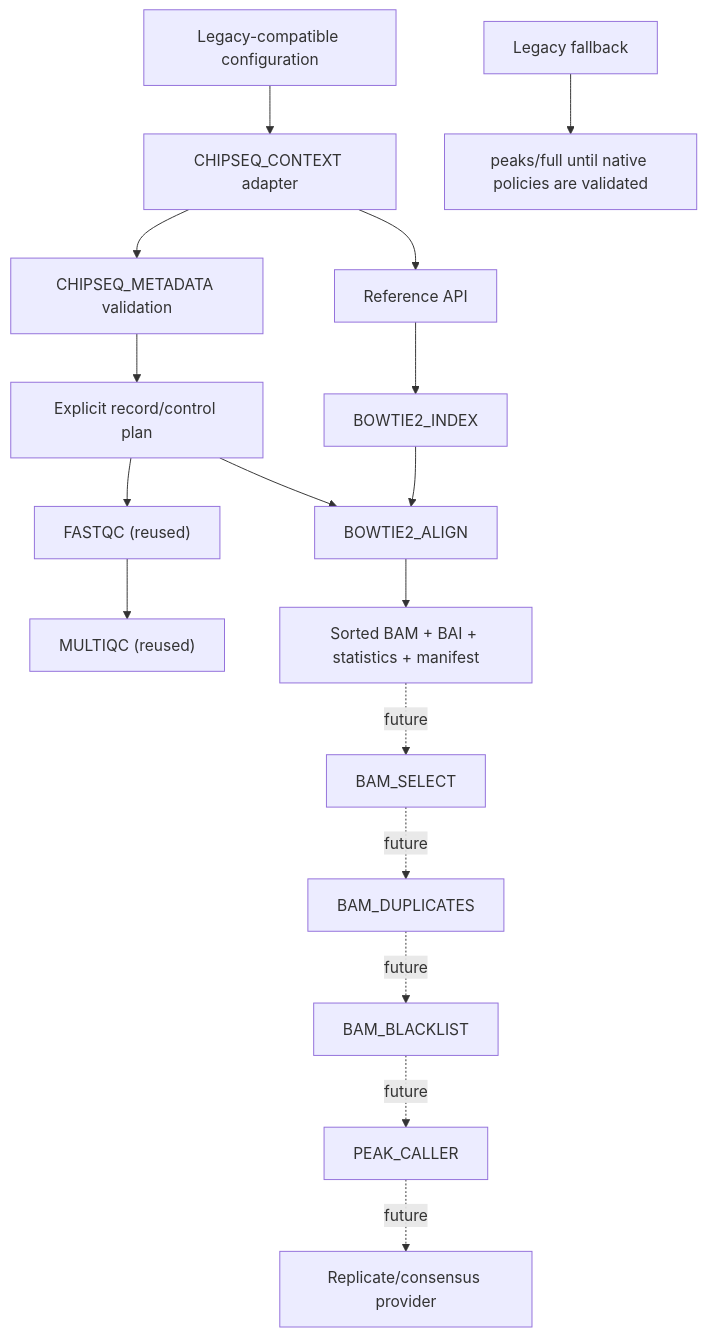
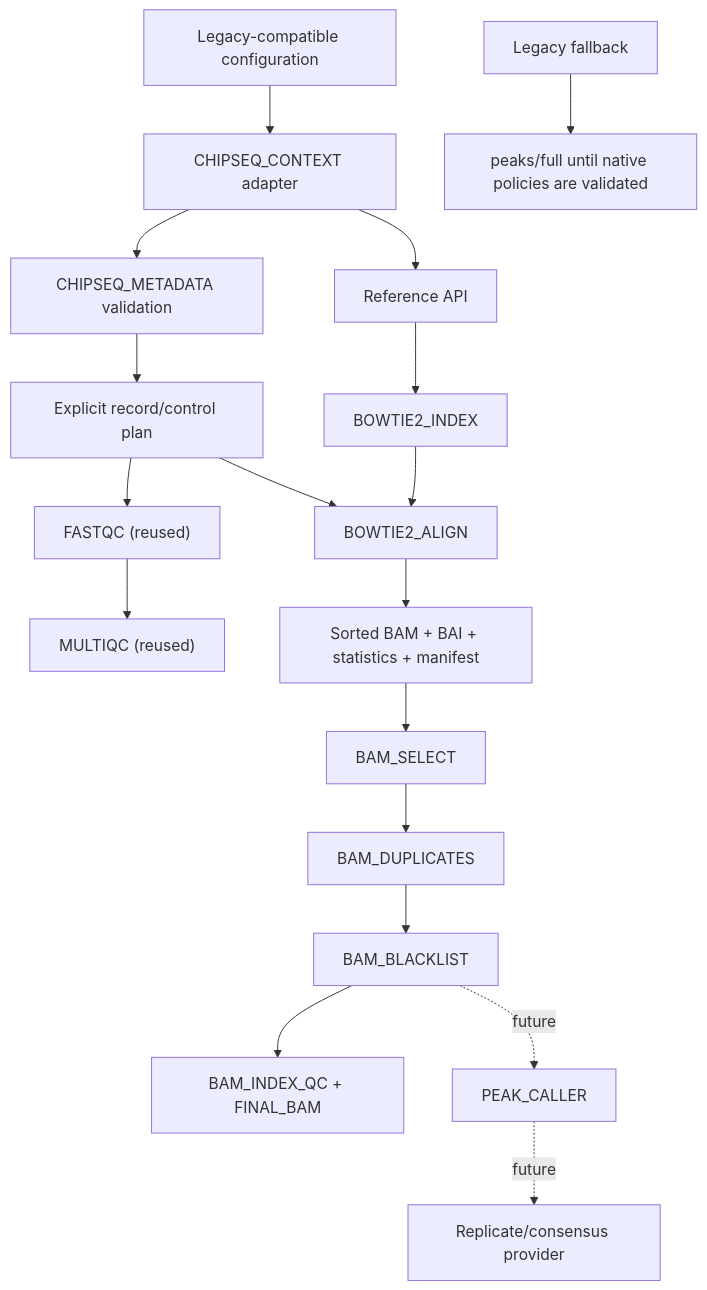
Before and after one commit to GMiguelAlves/HelixForge: the diagram in docs/chipseq-architecture.md, drawn with Mermaid. The commit also changed other lines of this file and 10 other files, not shown here.

````diff
--- a/docs/chipseq-architecture.md
+++ b/docs/chipseq-architecture.md
@@ -7,21 +7,22 @@
 ```mermaid
 flowchart TD
     CFG["Legacy-compatible configuration"] --> CTX["CHIPSEQ_CONTEXT adapter"]
     CTX --> META["CHIPSEQ_METADATA validation"]
     META --> PLAN["Explicit record/control plan"]
     PLAN --> FQ["FASTQC (reused)"]
     FQ --> MQ["MULTIQC (reused)"]
     CTX --> REF["Reference API"]
     REF --> BI["BOWTIE2_INDEX"]
     PLAN --> BA["BOWTIE2_ALIGN"]
     BI --> BA
     BA --> BAM["Sorted BAM + BAI + statistics + manifest"]
 
-    BAM -. future .-> SEL["BAM_SELECT"]
-    SEL -. future .-> DUP["BAM_DUPLICATES"]
-    DUP -. future .-> BL["BAM_BLACKLIST"]
+    BAM --> SEL["BAM_SELECT"]
+    SEL --> DUP["BAM_DUPLICATES"]
+    DUP --> BL["BAM_BLACKLIST"]
+    BL --> FINAL["BAM_INDEX_QC + FINAL_BAM"]
     BL -. future .-> PC["PEAK_CALLER"]
     PC -. future .-> CONS["Replicate/consensus provider"]
 
     LEG["Legacy fallback"] --> FULL["peaks/full until native policies are validated"]
 ```
````
